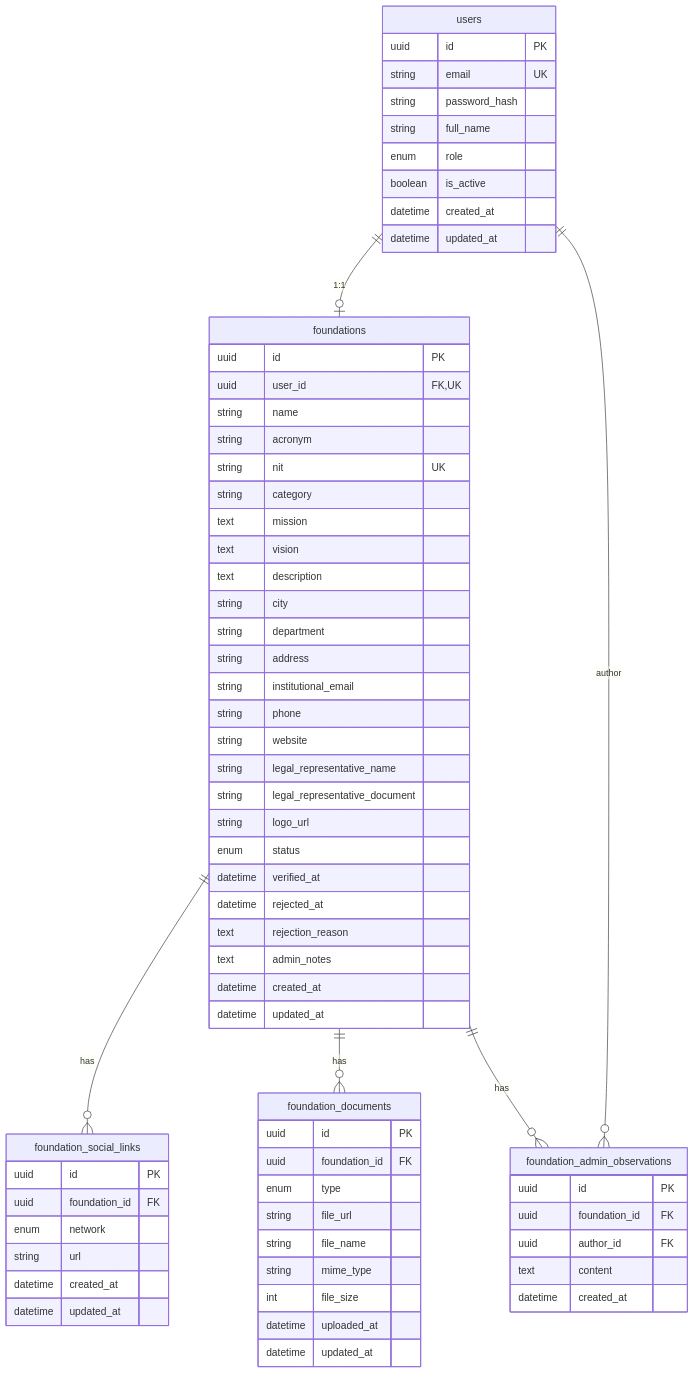
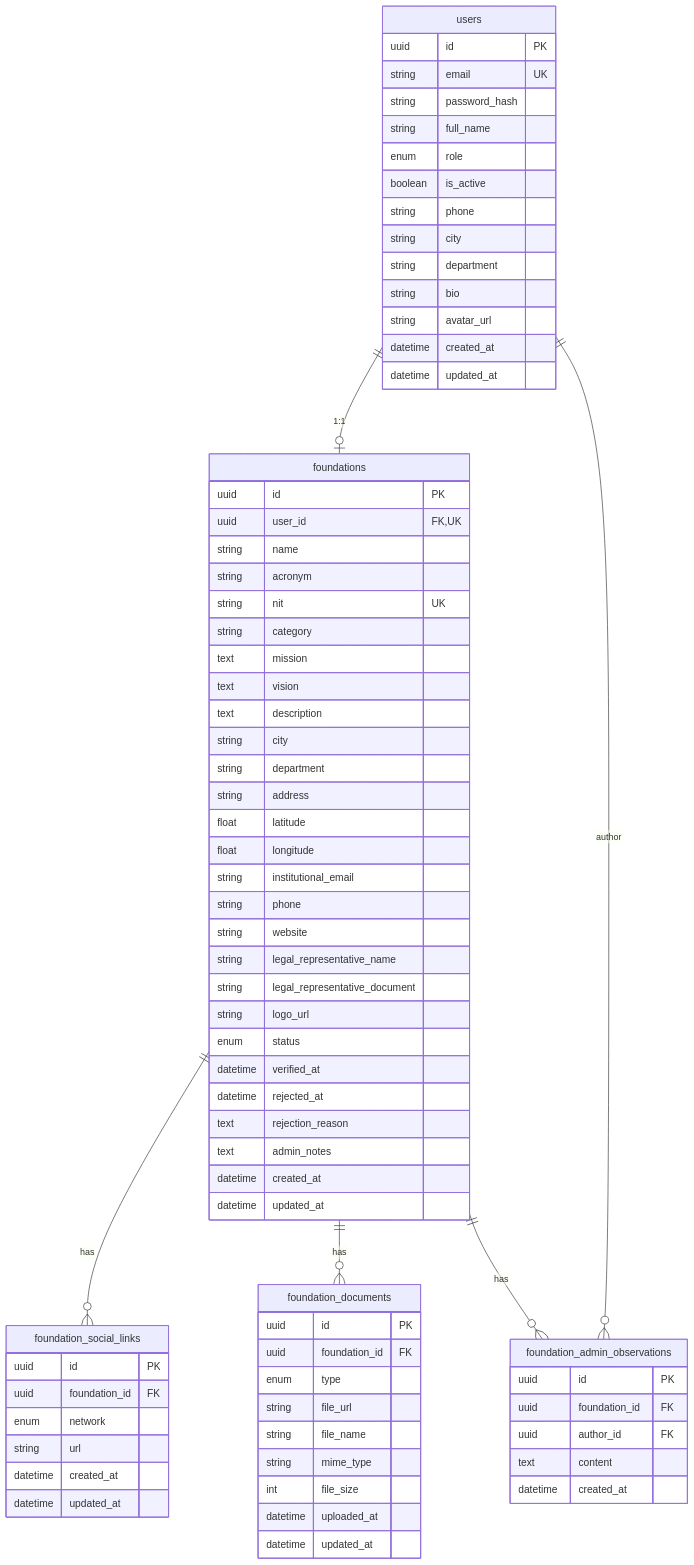
The diagram in docs/DATABASE.md (Ayudandonos/Ayudandonos_Backend), drawn with Mermaid before and after one commit. The commit also changed other lines of this file and 30 other files, not shown here.

```diff
--- a/docs/DATABASE.md
+++ b/docs/DATABASE.md
@@ -21,6 +21,11 @@
     string full_name
     enum role
     boolean is_active
+    string phone
+    string city
+    string department
+    string bio
+    string avatar_url
     datetime created_at
     datetime updated_at
   }
@@ -38,6 +43,8 @@
     string city
     string department
     string address
+    float latitude
+    float longitude
     string institutional_email
     string phone
     string website
```
